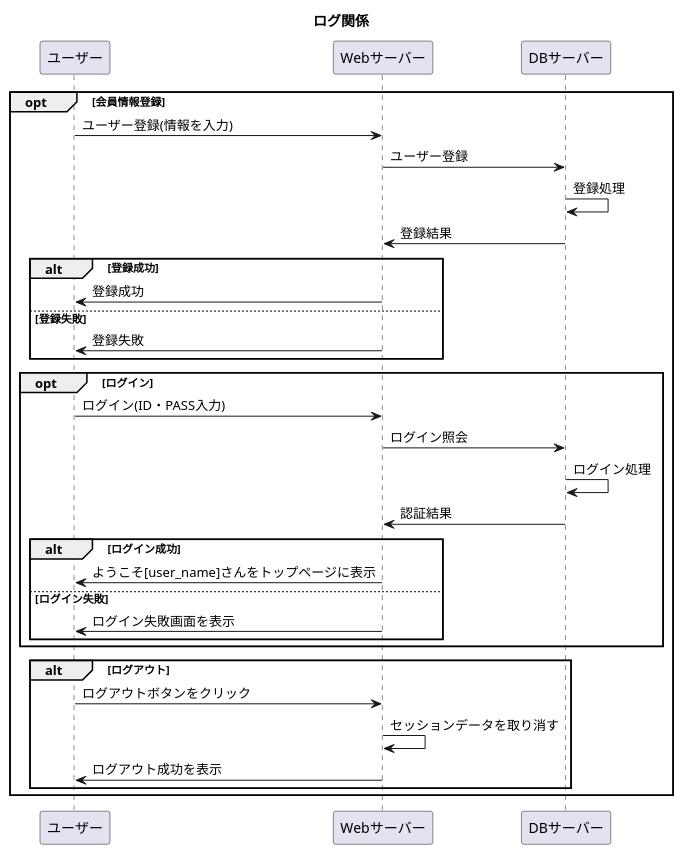
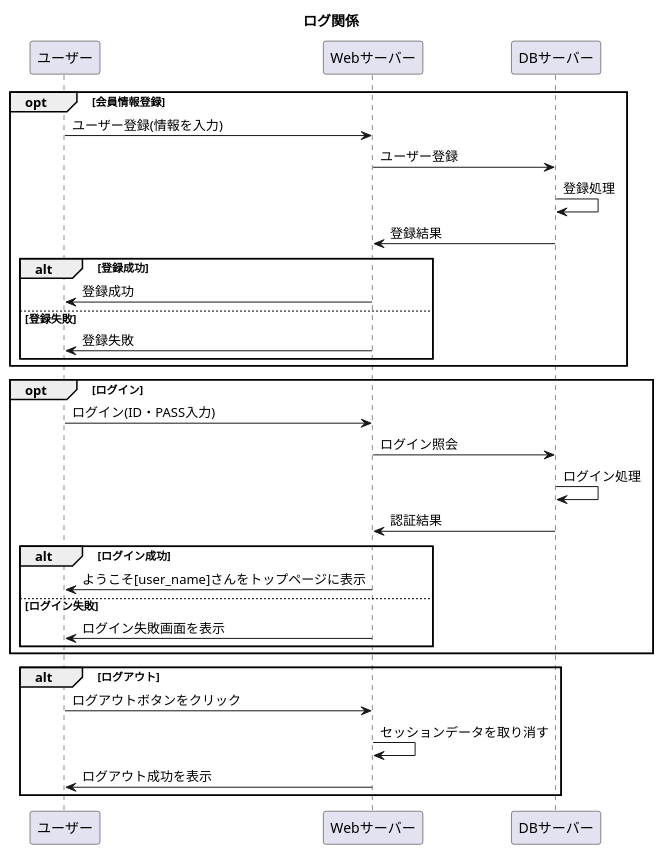
One commit to Aso2001227/Aso-Sports-1 changed the diagram in 設計書/02_業務フロー/Log-flow.md. Above: the diagram before and after it, drawn with PlantUML.

````diff
--- a/設計書/02_業務フロー/Log-flow.md
+++ b/設計書/02_業務フロー/Log-flow.md
@@ -1,32 +1,32 @@
 ```uml
 @startuml
 title: ログ関係
 opt 会員情報登録
   ユーザー -> Webサーバー : ユーザー登録(情報を入力)
   Webサーバー -> DBサーバー : ユーザー登録
   DBサーバー -> DBサーバー : 登録処理
   DBサーバー -> Webサーバー : 登録結果
   alt 登録成功
     Webサーバー -> ユーザー : 登録成功
     else 登録失敗
     Webサーバー -> ユーザー : 登録失敗
+  end
   end
   opt ログイン
       ユーザー -> Webサーバー : ログイン(ID・PASS入力)
       Webサーバー -> DBサーバー : ログイン照会
       DBサーバー -> DBサーバー : ログイン処理
       DBサーバー -> Webサーバー : 認証結果
       alt ログイン成功
         Webサーバー -> ユーザー : ようこそ[user_name]さんをトップページに表示
        else ログイン失敗
         Webサーバー -> ユーザー : ログイン失敗画面を表示
       end
       end
     alt ログアウト
       ユーザー ->Webサーバー :ログアウトボタンをクリック
       Webサーバー -> Webサーバー :セッションデータを取り消す
       Webサーバー -> ユーザー :ログアウト成功を表示
      end
- end
 @enduml
 ```
````
